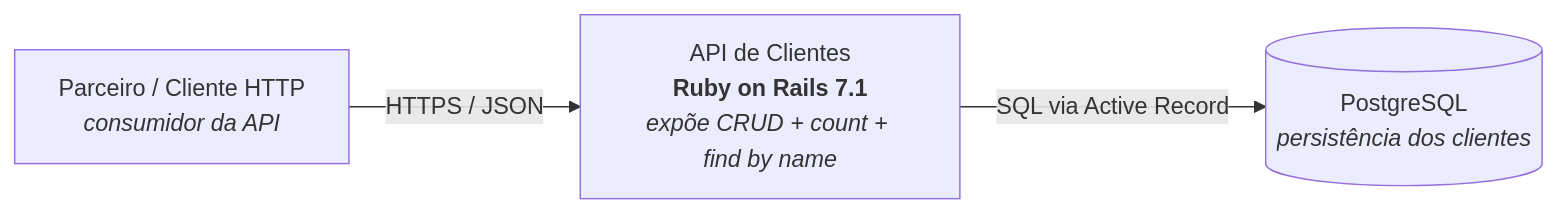
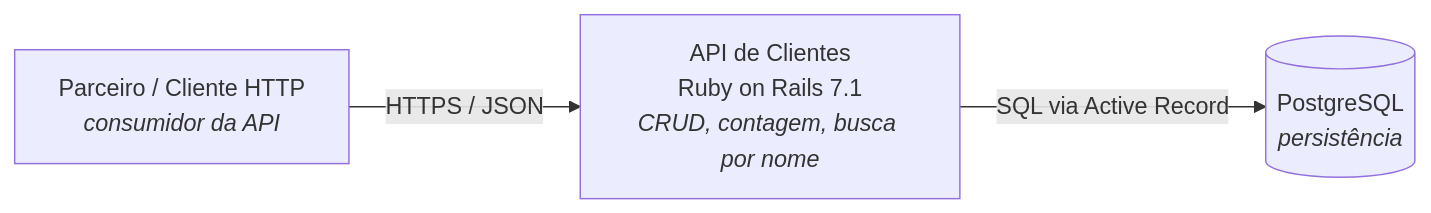
Before and after one commit to ThiagoAlves15/DESF5-2026-3A-ThiagoAlves: the first of 4 diagrams in diagrama.md, drawn with Mermaid. The commit also changed other lines of this file and 2 other files, not shown here.

````diff
--- a/diagrama.md
+++ b/diagrama.md
@@ -13,9 +8,9 @@
 ```mermaid
 graph LR
     parceiro["Parceiro / Cliente HTTP<br/><i>consumidor da API</i>"]
-    api["API de Clientes<br/><b>Ruby on Rails 7.1</b><br/><i>expõe CRUD + count + find by name</i>"]
-    db[("PostgreSQL<br/><i>persistência dos clientes</i>")]
+    api["API de Clientes<br/>Ruby on Rails 7.1<br/><i>CRUD, contagem, busca por nome</i>"]
+    db[("PostgreSQL<br/><i>persistência</i>")]
 
     parceiro -- "HTTPS / JSON" --> api
     api -- "SQL via Active Record" --> db
 ```
````
